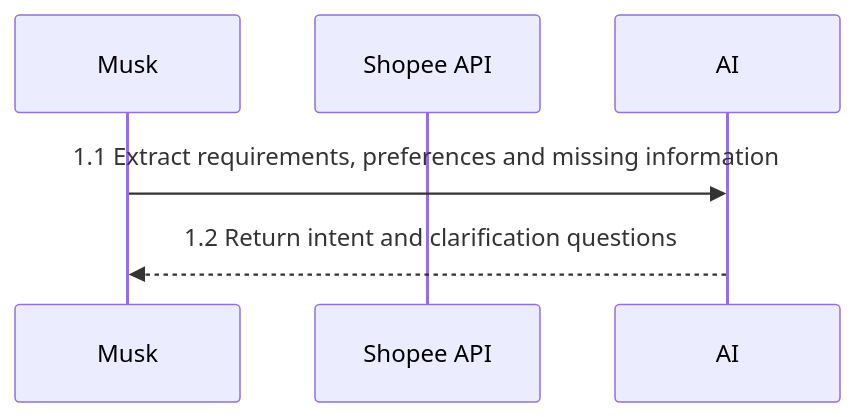
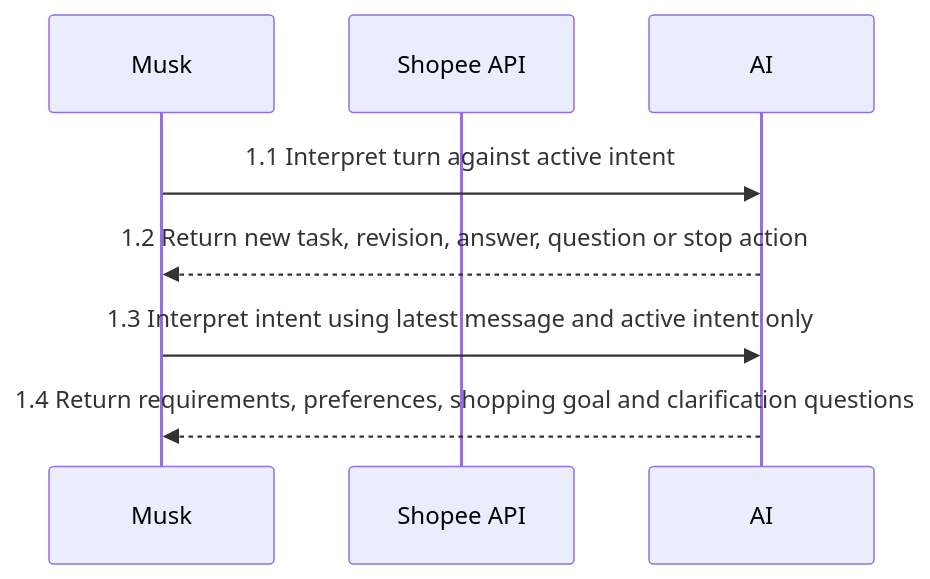
One commit to hqdung99/elon-musk-hackathon changed the second of 12 diagrams in sources/musk/specs/plan.md. Above: the diagram before and after it, drawn with Mermaid. The commit also changed other lines of this file and 25 other files, not shown here.

````diff
--- a/sources/musk/specs/plan.md
+++ b/sources/musk/specs/plan.md
@@ -139,8 +158,10 @@
 ```mermaid
 sequenceDiagram
     participant M as Musk
     participant S as Shopee API
     participant A as AI
-    M->>A: 1.1 Extract requirements, preferences and missing information
-    A-->>M: 1.2 Return intent and clarification questions
+    M->>A: 1.1 Interpret turn against active intent
+    A-->>M: 1.2 Return new task, revision, answer, question or stop action
+    M->>A: 1.3 Interpret intent using latest message and active intent only
+    A-->>M: 1.4 Return requirements, preferences, shopping goal and clarification questions
 ```
````
